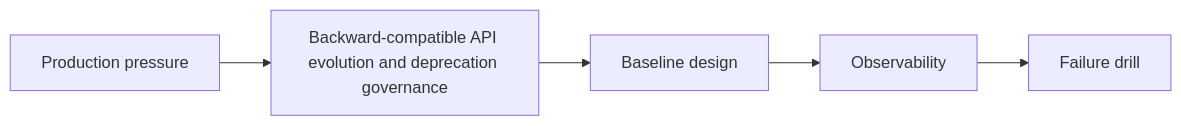
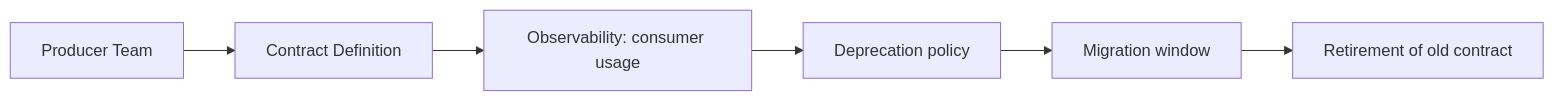
The diagram in _posts/2026-08-07-microservices-api-versioning-deprecation-part-1.md (sandeepbhardwaj/sandeepbhardwaj.github.io), drawn with Mermaid before and after one commit. The commit also changed other lines of this file and 113 other files, not shown here.

````diff
--- a/_posts/2026-08-07-microservices-api-versioning-deprecation-part-1.md
+++ b/_posts/2026-08-07-microservices-api-versioning-deprecation-part-1.md
@@ -58,7 +111,8 @@
 ```mermaid
 flowchart LR
-    A[Production pressure] --> B[Backward-compatible API evolution and deprecation governance]
-    B --> C[Baseline design]
-    C --> D[Observability]
-    D --> E[Failure drill]
+    P[Producer Team] --> C[Contract Definition]
+    C --> O[Observability: consumer usage]
+    O --> D[Deprecation policy]
+    D --> M[Migration window]
+    M --> R[Retirement of old contract]
 ```
````
